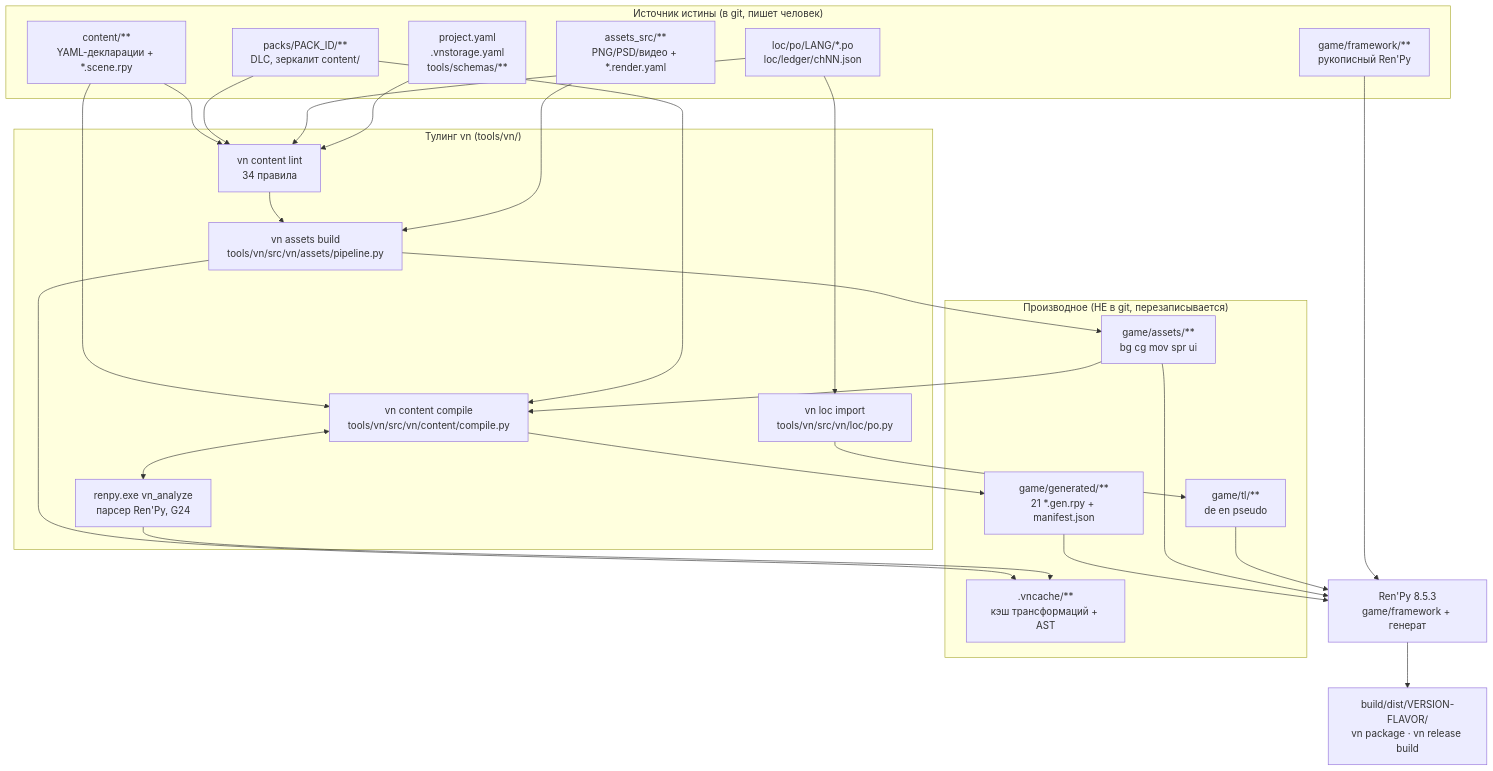
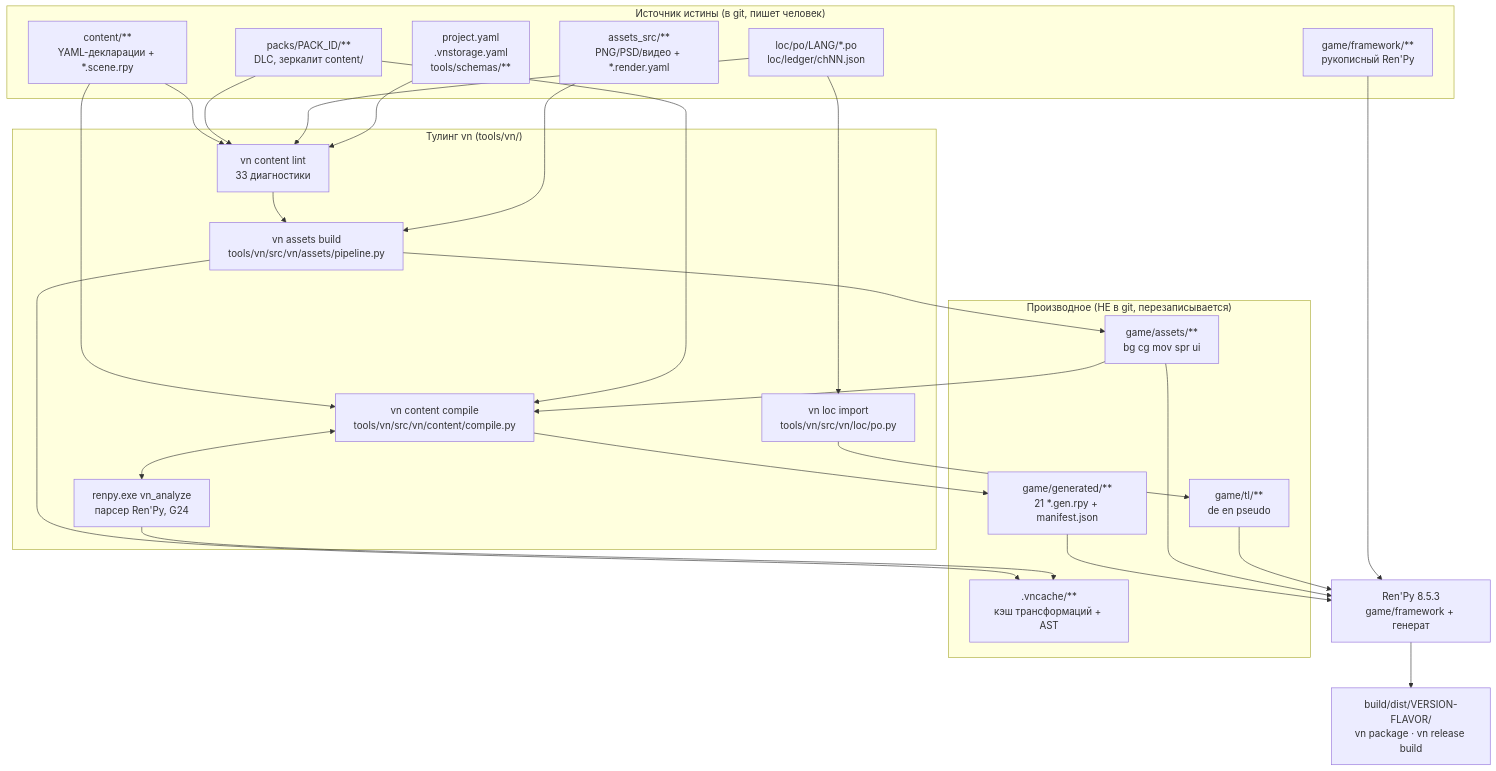
One commit to Onemyname/renpy changed the diagram in docs/handbook/02-architecture.md. Above: the diagram before and after it, drawn with Mermaid. The commit also changed other lines of this file and 49 other files, not shown here.

````diff
--- a/docs/handbook/02-architecture.md
+++ b/docs/handbook/02-architecture.md
@@ -35,51 +36,51 @@
 ```mermaid
 flowchart TB
     subgraph SRC["Источник истины (в git, пишет человек)"]
         C["content/**<br/>YAML-декларации + *.scene.rpy"]
         P["packs/PACK_ID/**<br/>DLC, зеркалит content/"]
         A["assets_src/**<br/>PNG/PSD/видео + *.render.yaml"]
         L["loc/po/LANG/*.po<br/>loc/ledger/chNN.json"]
         FW["game/framework/**<br/>рукописный Ren'Py"]
         PJ["project.yaml<br/>.vnstorage.yaml<br/>tools/schemas/**"]
     end
 
     subgraph TOOL["Тулинг vn (tools/vn/)"]
-        LINT["vn content lint<br/>34 правила"]
+        LINT["vn content lint<br/>33 диагностики"]
         ASSETS["vn assets build<br/>tools/vn/src/vn/assets/pipeline.py"]
         COMP["vn content compile<br/>tools/vn/src/vn/content/compile.py"]
         LOCI["vn loc import<br/>tools/vn/src/vn/loc/po.py"]
         BRIDGE["renpy.exe vn_analyze<br/>парсер Ren'Py, G24"]
     end
 
     subgraph DER["Производное (НЕ в git, перезаписывается)"]
         GEN["game/generated/**<br/>21 *.gen.rpy + manifest.json"]
         GA["game/assets/**<br/>bg cg mov spr ui"]
         TL["game/tl/**<br/>de en pseudo"]
         CACHE[".vncache/**<br/>кэш трансформаций + AST"]
     end
 
     ENG["Ren'Py 8.5.3<br/>game/framework + генерат"]
     DIST["build/dist/VERSION-FLAVOR/<br/>vn package · vn release build"]
 
     C --> LINT
     P --> LINT
     L --> LINT
     PJ --> LINT
     LINT --> ASSETS
     A --> ASSETS
     ASSETS --> GA
     ASSETS --> CACHE
     GA --> COMP
     C --> COMP
     P --> COMP
     COMP <--> BRIDGE
     BRIDGE --> CACHE
     COMP --> GEN
     L --> LOCI
     LOCI --> TL
     GEN --> ENG
     GA --> ENG
     TL --> ENG
     FW --> ENG
     ENG --> DIST
 ```
````
